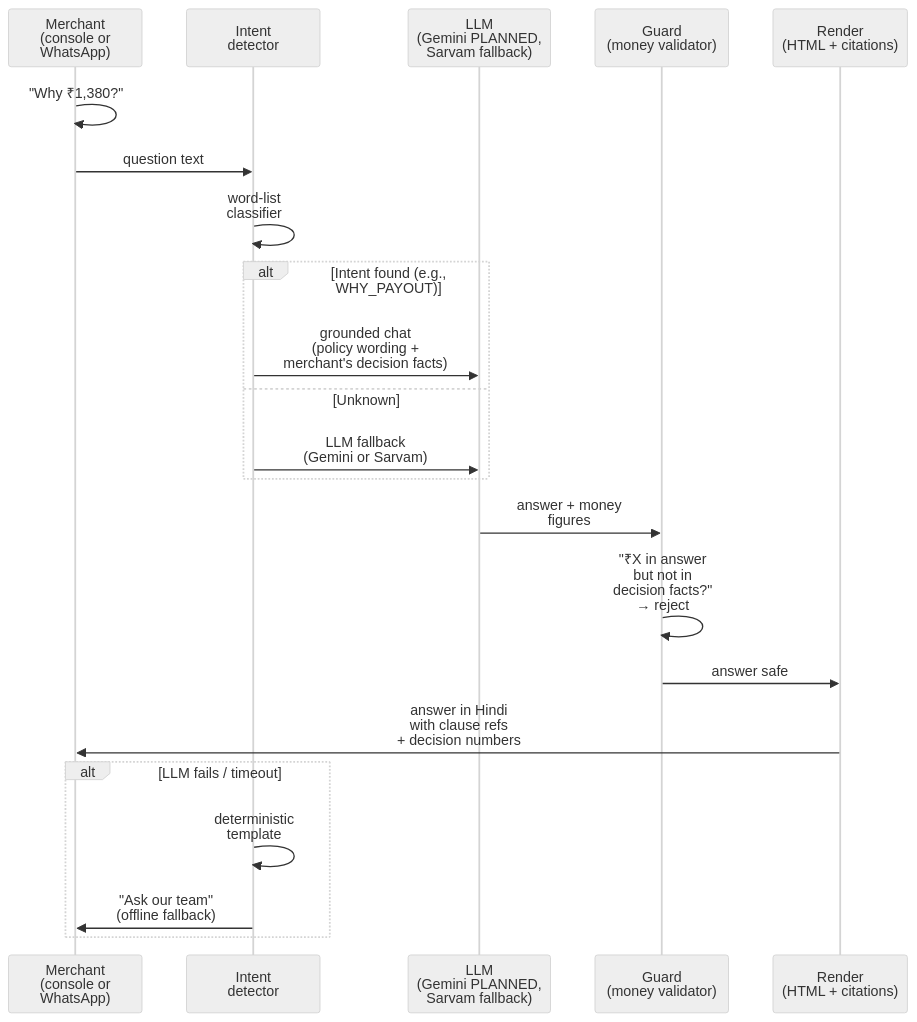
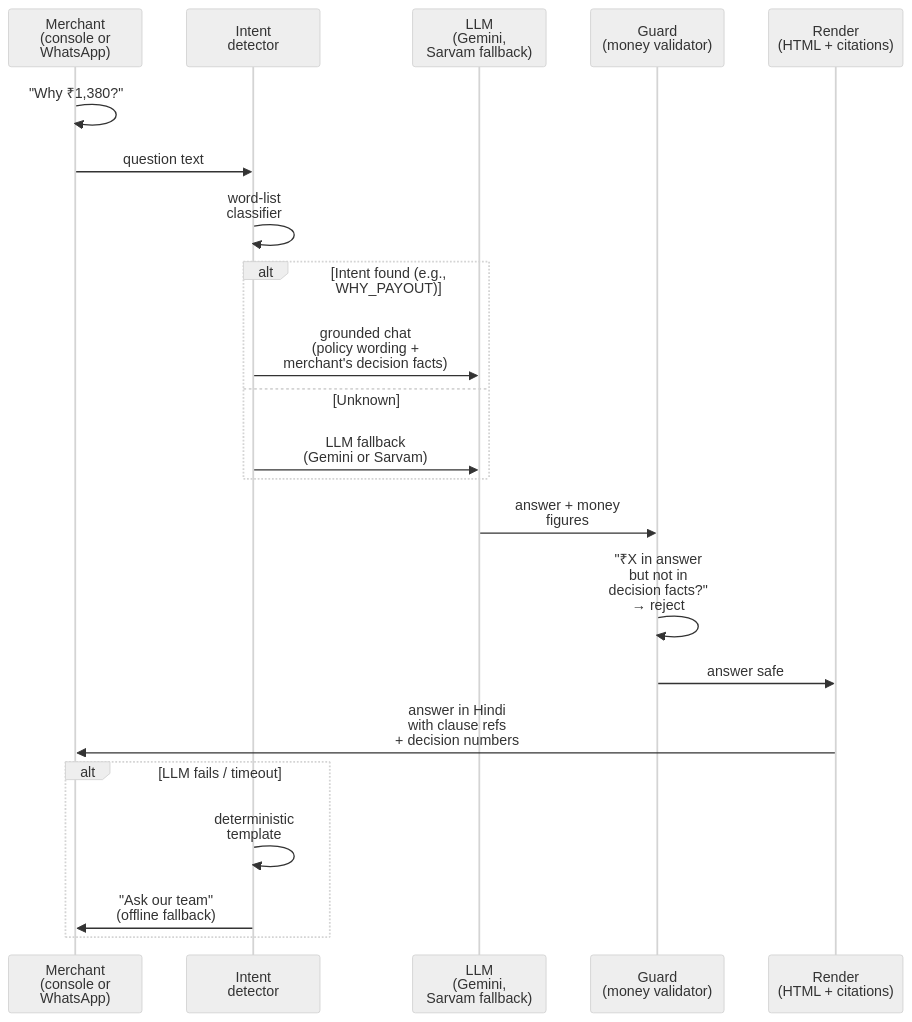
One commit to UjjwalPardeshi/Chhatri changed the fourth of 4 diagrams in docs/04-engineering/system-architecture.md. Above: the diagram before and after it, drawn with Mermaid (neutral theme). The commit also changed other lines of this file and 34 other files, not shown here.

````diff
--- a/docs/04-engineering/system-architecture.md
+++ b/docs/04-engineering/system-architecture.md
@@ -334,25 +334,25 @@
 ```mermaid
 sequenceDiagram
     participant Merchant as Merchant<br/>(console or<br/>WhatsApp)
     participant Intents as Intent<br/>detector
-    participant LLM as LLM<br/>(Gemini PLANNED,<br/>Sarvam fallback)
+    participant LLM as LLM<br/>(Gemini,<br/>Sarvam fallback)
     participant Guard as Guard<br/>(money validator)
     participant Render as Render<br/>(HTML + citations)
     
     Merchant ->> Merchant: "Why ₹1,380?"
     Merchant ->> Intents: question text
     Intents ->> Intents: word-list<br/>classifier
     alt Intent found (e.g., WHY_PAYOUT)
         Intents ->> LLM: grounded chat<br/>(policy wording +<br/>merchant's decision facts)
     else Unknown
         Intents ->> LLM: LLM fallback<br/>(Gemini or Sarvam)
     end
     LLM ->> Guard: answer + money<br/>figures
     Guard ->> Guard: "₹X in answer<br/>but not in<br/>decision facts?"<br/>→ reject
     Guard ->> Render: answer safe
     Render ->> Merchant: answer in Hindi<br/>with clause refs<br/>+ decision numbers
     alt LLM fails / timeout
         Intents ->> Intents: deterministic<br/>template
         Intents ->> Merchant: "Ask our team"<br/>(offline fallback)
     end
 ```
````
